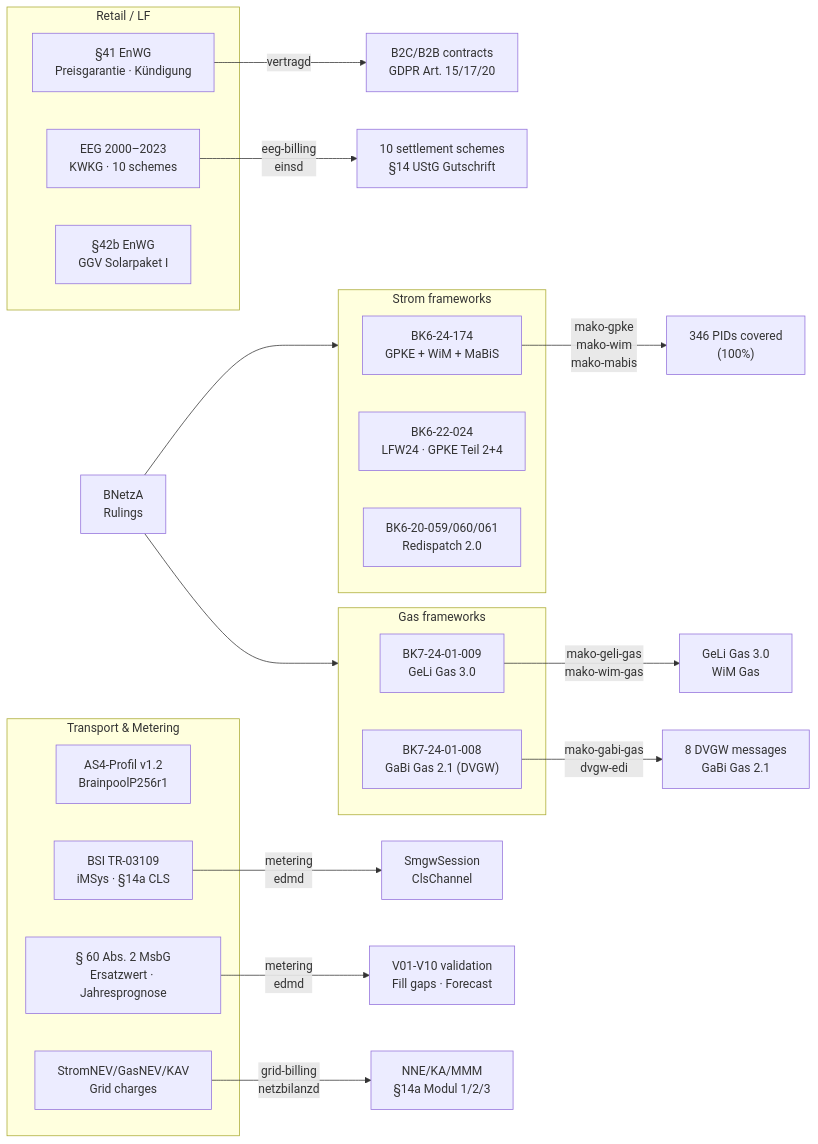
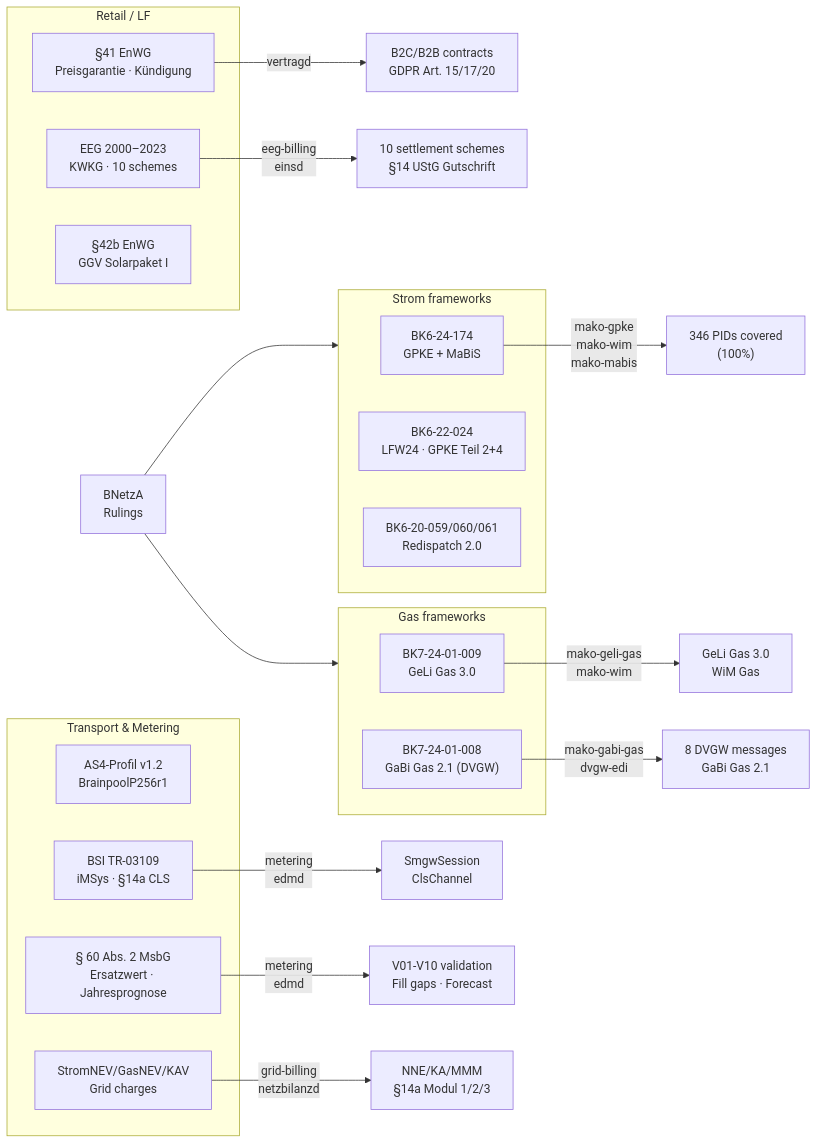
One commit to hupe1980/mako changed the diagram in site/content/docs/regulatory/_index.md. Above: the diagram before and after it, drawn with Mermaid. The commit also changed other lines of this file and 144 other files, not shown here.

Commit message:
feat(wim): run WiM Strom and Gas on one engine and answer from the published Fristen

````diff
--- a/site/content/docs/regulatory/_index.md
+++ b/site/content/docs/regulatory/_index.md
@@ -28,40 +28,40 @@
 ```mermaid
 graph LR
     BNetzA["BNetzA<br/>Rulings"]
 
     subgraph strom ["Strom frameworks"]
-        BK6_24["BK6-24-174<br/>GPKE + WiM + MaBiS"]
+        BK6_24["BK6-24-174<br/>GPKE + MaBiS"]
         BK6_22["BK6-22-024<br/>LFW24 · GPKE Teil 2+4"]
         BK6_20["BK6-20-059/060/061<br/>Redispatch 2.0"]
     end
 
     subgraph gas ["Gas frameworks"]
         BK7_24["BK7-24-01-009<br/>GeLi Gas 3.0"]
         BK7_14["BK7-24-01-008<br/>GaBi Gas 2.1 (DVGW)"]
     end
 
     subgraph retail ["Retail / LF"]
         ENW41["§41 EnWG<br/>Preisgarantie · Kündigung"]
         EEG["EEG 2000–2023<br/>KWKG · 10 schemes"]
         SOLA["§42b EnWG<br/>GGV Solarpaket I"]
     end
 
     subgraph transport ["Transport & Metering"]
         AS4["AS4-Profil v1.2<br/>BrainpoolP256r1"]
         BSI["BSI TR-03109<br/>iMSys · §14a CLS"]
         MsbG["§ 60 Abs. 2 MsbG<br/>Ersatzwert · Jahresprognose"]
         NNNEV["StromNEV/GasNEV/KAV<br/>Grid charges"]
     end
 
     BNetzA --> strom
     BNetzA --> gas
 
     BK6_24 -->|"mako-gpke<br/>mako-wim<br/>mako-mabis"| GPKE_impl["346 PIDs covered<br/>(100%)"]
-    BK7_24 -->|"mako-geli-gas<br/>mako-wim-gas"| GAS_impl["GeLi Gas 3.0<br/>WiM Gas"]
+    BK7_24 -->|"mako-geli-gas<br/>mako-wim"| GAS_impl["GeLi Gas 3.0<br/>WiM Gas"]
     BK7_14 -->|"mako-gabi-gas<br/>dvgw-edi"| DVGW_impl["8 DVGW messages<br/>GaBi Gas 2.1"]
     ENW41 -->|"vertragd"| LF_impl["B2C/B2B contracts<br/>GDPR Art. 15/17/20"]
     EEG -->|"eeg-billing<br/>einsd"| EEG_impl["10 settlement schemes<br/>§14 UStG Gutschrift"]
     BSI -->|"metering<br/>edmd"| IOT_impl["SmgwSession<br/>ClsChannel"]
     MsbG -->|"metering<br/>edmd"| SUB_impl["V01-V10 validation<br/>Fill gaps · Forecast"]
     NNNEV -->|"grid-billing<br/>netzbilanzd"| NNE_impl["NNE/KA/MMM<br/>§14a Modul 1/2/3"]
 ```
````
